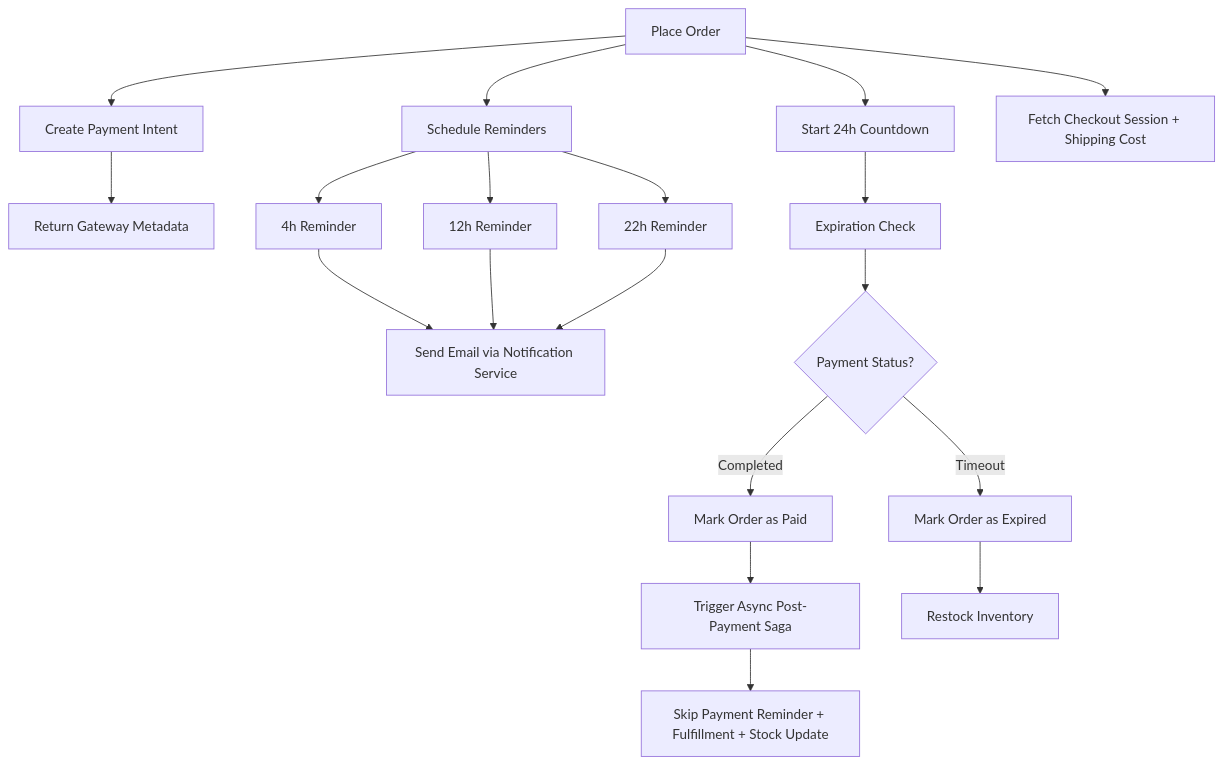
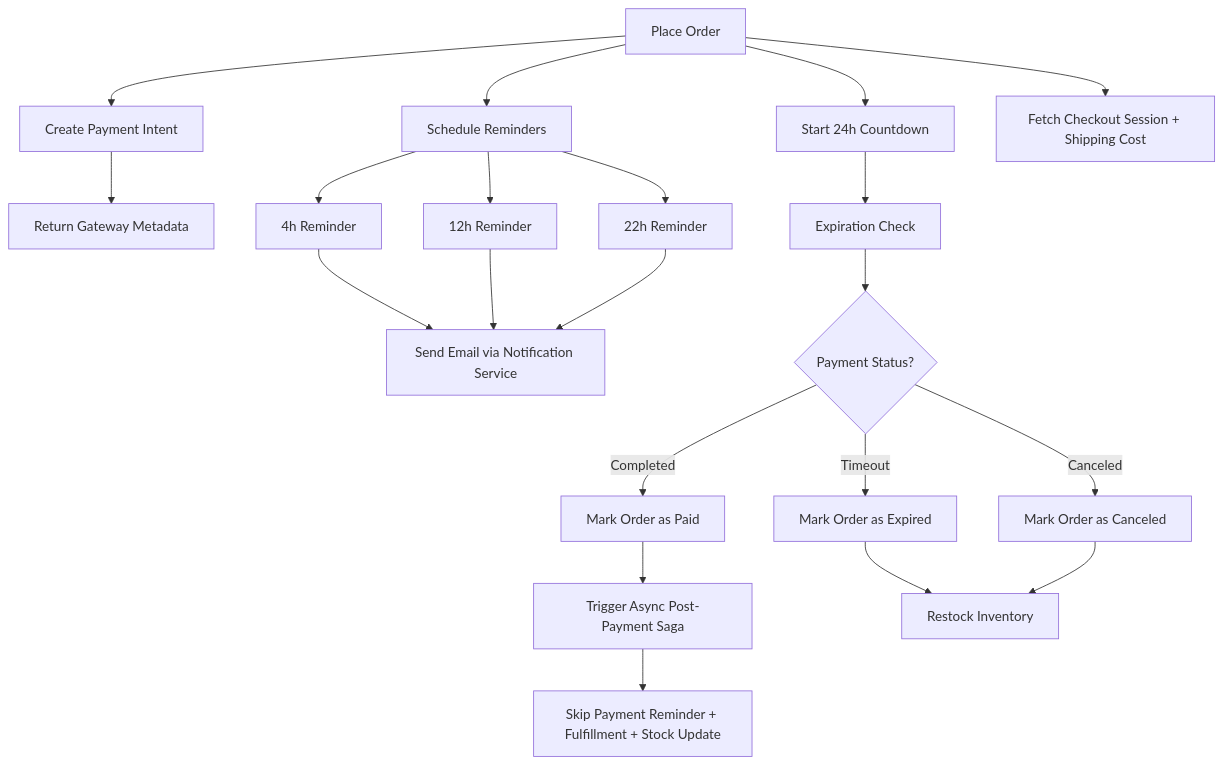
The third of 16 diagrams in README.md (raphaeldiscky/go-micro-commerce), drawn with Mermaid before and after one commit. The commit also changed other lines of this file, not shown here.

````diff
--- a/README.md
+++ b/README.md
@@ -147,23 +149,25 @@
 ```mermaid
 graph TD
   A[Place Order] --> B[Schedule Reminders]
   A --> C[Start 24h Countdown]
   A --> D[Create Payment Intent]
   A --> E[Fetch Checkout Session + Shipping Cost]
   D --> F[Return Gateway Metadata]
   B --> G[4h Reminder]
   B --> H[12h Reminder]
   B --> I[22h Reminder]
   C --> J[Expiration Check]
 
   G --> K[Send Email via Notification Service]
   H --> K
   I --> K
   J --> L{Payment Status?}
 
   L -->|Completed| M[Mark Order as Paid]
   M --> N[Trigger Async Post-Payment Saga]
   N --> O[Skip Payment Reminder + Fulfillment + Stock Update]
   L -->|Timeout| P[Mark Order as Expired]
   P --> Q[Restock Inventory]
+  L -->|Canceled| S[Mark Order as Canceled]
+  S --> Q
 ```
````
